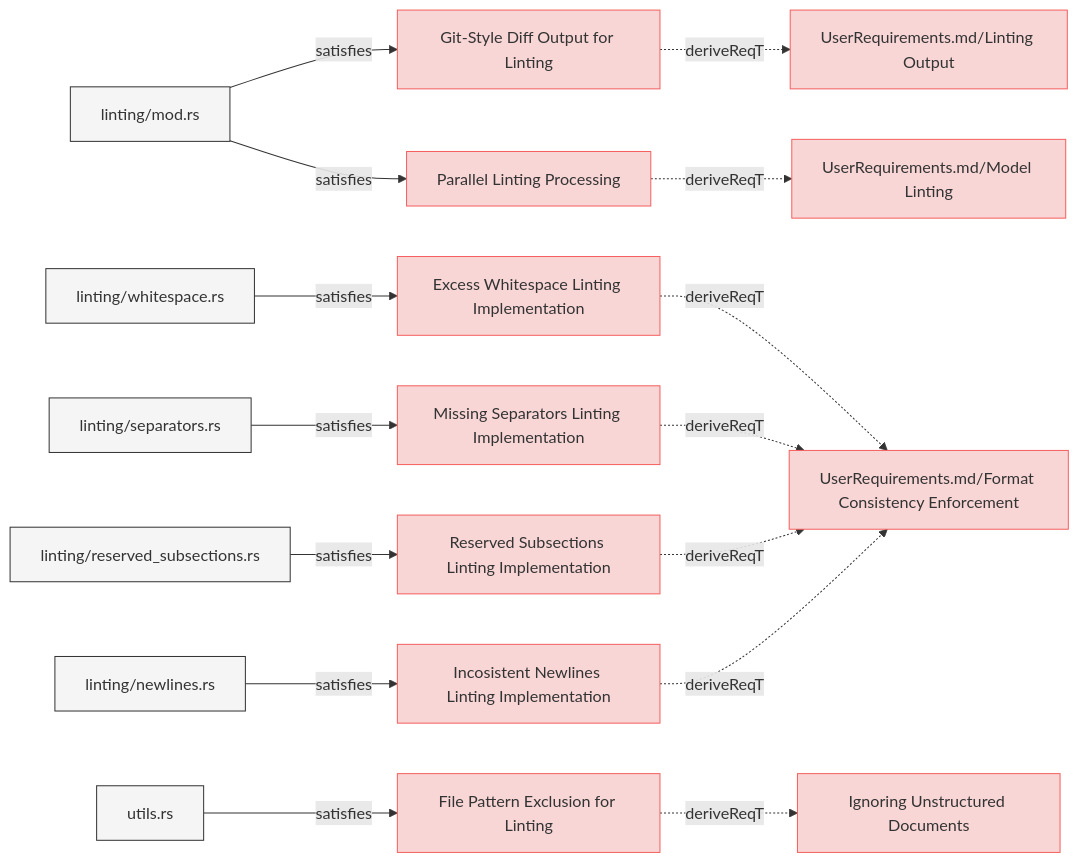
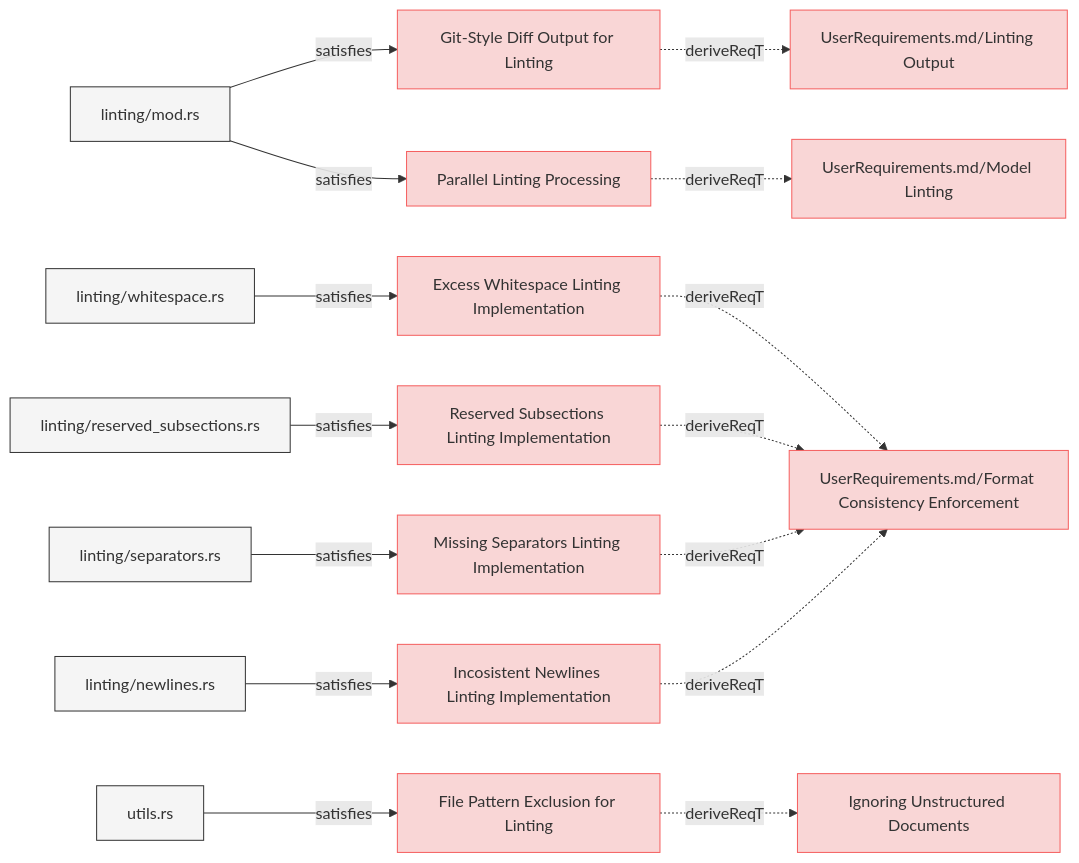
The first of 8 diagrams in specifications/SystemRequirements/Requirements.md (reqvire-org/reqvire), drawn with Mermaid before and after one commit. The commit also changed other lines of this file and 14 other files, not shown here.

````diff
--- a/specifications/SystemRequirements/Requirements.md
+++ b/specifications/SystemRequirements/Requirements.md
@@ -4,77 +4,77 @@
 ```mermaid
 graph LR;
   %% Graph styling
   classDef requirement fill:#f9d6d6,stroke:#f55f5f,stroke-width:1px;
   classDef verification fill:#d6f9d6,stroke:#5fd75f,stroke-width:1px;
   classDef externalLink fill:#d0e0ff,stroke:#3080ff,stroke-width:1px;
   classDef default fill:#f5f5f5,stroke:#333333,stroke-width:1px;
 
   b7dd9db7a1290b97["Git-Style Diff Output for Linting"];
   class b7dd9db7a1290b97 requirement;
   click b7dd9db7a1290b97 "Requirements.md#git-style-diff-output-for-linting";
   26fdf88d16b09109["UserRequirements.md/Linting Output"];
   class 26fdf88d16b09109 requirement;
   click 26fdf88d16b09109 "../UserRequirements.md#linting-output";
   b7dd9db7a1290b97 -.->|deriveReqT| 26fdf88d16b09109;
   c418c3775592f201["linting/mod.rs"];
   class c418c3775592f201 default;
   click c418c3775592f201 "../../core/src/linting/mod.rs";
   c418c3775592f201 -->|satisfies| b7dd9db7a1290b97;
+  9f473f6e0b993cac["Excess Whitespace Linting Implementation"];
+  class 9f473f6e0b993cac requirement;
+  click 9f473f6e0b993cac "Requirements.md#excess-whitespace-linting-implementation";
+  974ccf933675ef44["UserRequirements.md/Format Consistency Enforcement"];
+  class 974ccf933675ef44 requirement;
+  click 974ccf933675ef44 "../UserRequirements.md#format-consistency-enforcement";
+  9f473f6e0b993cac -.->|deriveReqT| 974ccf933675ef44;
+  63a0f5a33e87fcee["linting/whitespace.rs"];
+  class 63a0f5a33e87fcee default;
+  click 63a0f5a33e87fcee "../../core/src/linting/whitespace.rs";
+  63a0f5a33e87fcee -->|satisfies| 9f473f6e0b993cac;
+  a7bd845c64d1685e["Reserved Subsections Linting Implementation"];
+  class a7bd845c64d1685e requirement;
+  click a7bd845c64d1685e "Requirements.md#reserved-subsections-linting-implementation";
+  a7bd845c64d1685e -.->|deriveReqT| 974ccf933675ef44;
+  4ef2e0c1cdbc35ab["linting/reserved_subsections.rs"];
+  class 4ef2e0c1cdbc35ab default;
+  click 4ef2e0c1cdbc35ab "../../core/src/linting/indentation.rs";
+  4ef2e0c1cdbc35ab -->|satisfies| a7bd845c64d1685e;
+  bef37c31db69b66a["File Pattern Exclusion for Linting"];
+  class bef37c31db69b66a requirement;
+  click bef37c31db69b66a "Requirements.md#file-pattern-exclusion-for-linting";
+  be83c2991e9535c7["Ignoring Unstructured Documents"];
+  class be83c2991e9535c7 requirement;
+  click be83c2991e9535c7 "Requirements.md#ignoring-unstructured-documents";
+  bef37c31db69b66a -.->|deriveReqT| be83c2991e9535c7;
+  ce2625feec883e55["utils.rs"];
+  class ce2625feec883e55 default;
+  click ce2625feec883e55 "../../core/src/utils.rs";
+  ce2625feec883e55 -->|satisfies| bef37c31db69b66a;
+  719bf8b75772947d["Missing Separators Linting Implementation"];
+  class 719bf8b75772947d requirement;
+  click 719bf8b75772947d "Requirements.md#missing-separators-linting-implementation";
+  719bf8b75772947d -.->|deriveReqT| 974ccf933675ef44;
+  9cbd45fe044171ec["linting/separators.rs"];
+  class 9cbd45fe044171ec default;
+  click 9cbd45fe044171ec "../../core/src/linting/separators.rs";
+  9cbd45fe044171ec -->|satisfies| 719bf8b75772947d;
   47401bd64e231632["Parallel Linting Processing"];
   class 47401bd64e231632 requirement;
   click 47401bd64e231632 "Requirements.md#parallel-linting-processing";
   7305c1d6f7f1e2b2["UserRequirements.md/Model Linting"];
   class 7305c1d6f7f1e2b2 requirement;
   click 7305c1d6f7f1e2b2 "../UserRequirements.md#model-linting";
   47401bd64e231632 -.->|deriveReqT| 7305c1d6f7f1e2b2;
   c418c3775592f201["linting/mod.rs"];
   class c418c3775592f201 default;
   click c418c3775592f201 "../../core/src/linting/mod.rs";
   c418c3775592f201 -->|satisfies| 47401bd64e231632;
-  9f473f6e0b993cac["Excess Whitespace Linting Implementation"];
-  class 9f473f6e0b993cac requirement;
-  click 9f473f6e0b993cac "Requirements.md#excess-whitespace-linting-implementation";
-  974ccf933675ef44["UserRequirements.md/Format Consistency Enforcement"];
-  class 974ccf933675ef44 requirement;
-  click 974ccf933675ef44 "../UserRequirements.md#format-consistency-enforcement";
-  9f473f6e0b993cac -.->|deriveReqT| 974ccf933675ef44;
-  63a0f5a33e87fcee["linting/whitespace.rs"];
-  class 63a0f5a33e87fcee default;
-  click 63a0f5a33e87fcee "../../core/src/linting/whitespace.rs";
-  63a0f5a33e87fcee -->|satisfies| 9f473f6e0b993cac;
-  719bf8b75772947d["Missing Separators Linting Implementation"];
-  class 719bf8b75772947d requirement;
-  click 719bf8b75772947d "Requirements.md#missing-separators-linting-implementation";
-  719bf8b75772947d -.->|deriveReqT| 974ccf933675ef44;
-  9cbd45fe044171ec["linting/separators.rs"];
-  class 9cbd45fe044171ec default;
-  click 9cbd45fe044171ec "../../core/src/linting/separators.rs";
-  9cbd45fe044171ec -->|satisfies| 719bf8b75772947d;
-  bef37c31db69b66a["File Pattern Exclusion for Linting"];
-  class bef37c31db69b66a requirement;
-  click bef37c31db69b66a "Requirements.md#file-pattern-exclusion-for-linting";
-  be83c2991e9535c7["Ignoring Unstructured Documents"];
-  class be83c2991e9535c7 requirement;
-  click be83c2991e9535c7 "Requirements.md#ignoring-unstructured-documents";
-  bef37c31db69b66a -.->|deriveReqT| be83c2991e9535c7;
-  ce2625feec883e55["utils.rs"];
-  class ce2625feec883e55 default;
-  click ce2625feec883e55 "../../core/src/utils.rs";
-  ce2625feec883e55 -->|satisfies| bef37c31db69b66a;
-  a7bd845c64d1685e["Reserved Subsections Linting Implementation"];
-  class a7bd845c64d1685e requirement;
-  click a7bd845c64d1685e "Requirements.md#reserved-subsections-linting-implementation";
-  a7bd845c64d1685e -.->|deriveReqT| 974ccf933675ef44;
-  4ef2e0c1cdbc35ab["linting/reserved_subsections.rs"];
-  class 4ef2e0c1cdbc35ab default;
-  click 4ef2e0c1cdbc35ab "../../core/src/linting/indentation.rs";
-  4ef2e0c1cdbc35ab -->|satisfies| a7bd845c64d1685e;
   7d44a9de72f2ed11["Incosistent Newlines Linting Implementation"];
   class 7d44a9de72f2ed11 requirement;
   click 7d44a9de72f2ed11 "Requirements.md#incosistent-newlines-linting-implementation";
   7d44a9de72f2ed11 -.->|deriveReqT| 974ccf933675ef44;
   aab06119b34eec74["linting/newlines.rs"];
   class aab06119b34eec74 default;
   click aab06119b34eec74 "../../core/src/linting/newlines.rs";
   aab06119b34eec74 -->|satisfies| 7d44a9de72f2ed11;
 ```
````
